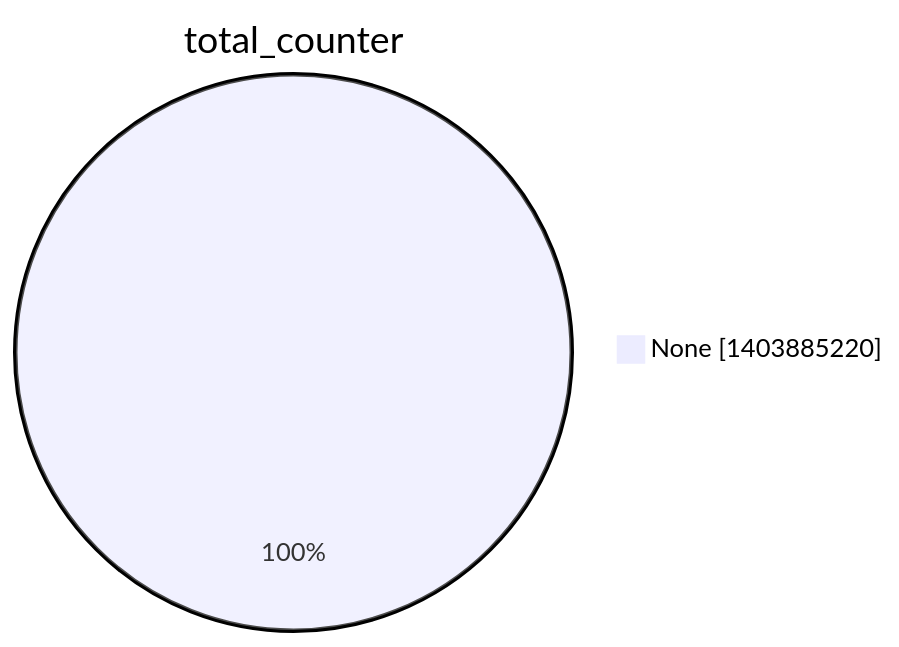
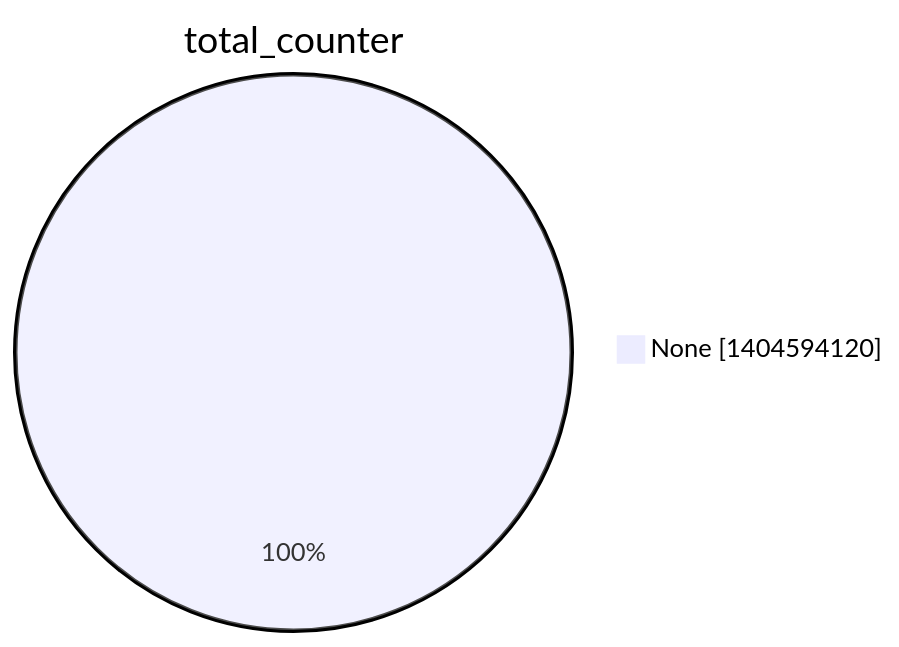
Before and after one commit to christiankrug/ctmonitor_visualization: the second of 15 diagrams in argon2022/README.md, drawn with Mermaid. The commit also changed other lines of this file, not shown here.

````diff
--- a/argon2022/README.md
+++ b/argon2022/README.md
@@ -9,5 +9,5 @@
 ```mermaid
 pie showData
 title total_counter
-"None" :1403885220
+"None" :1404594120
 ```
````
